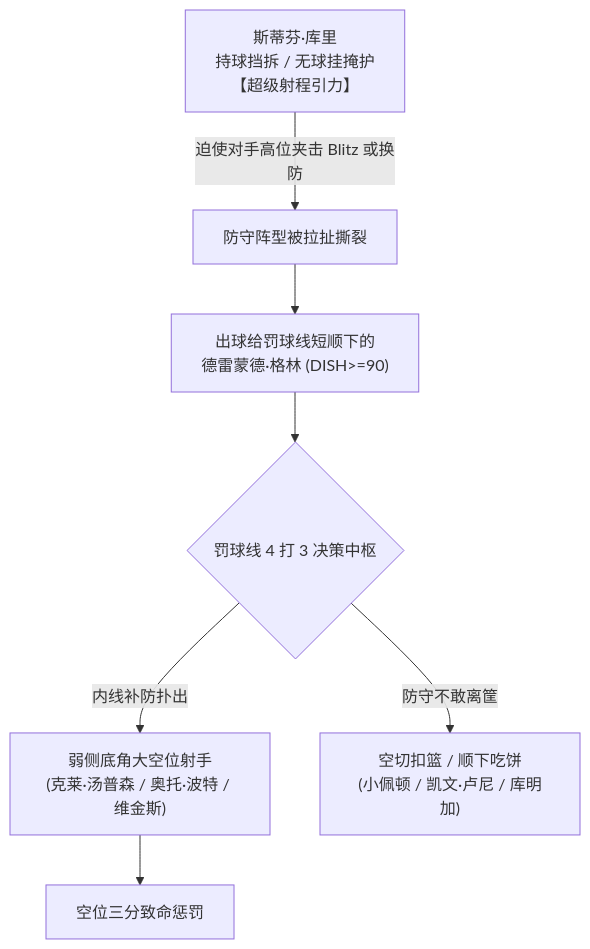
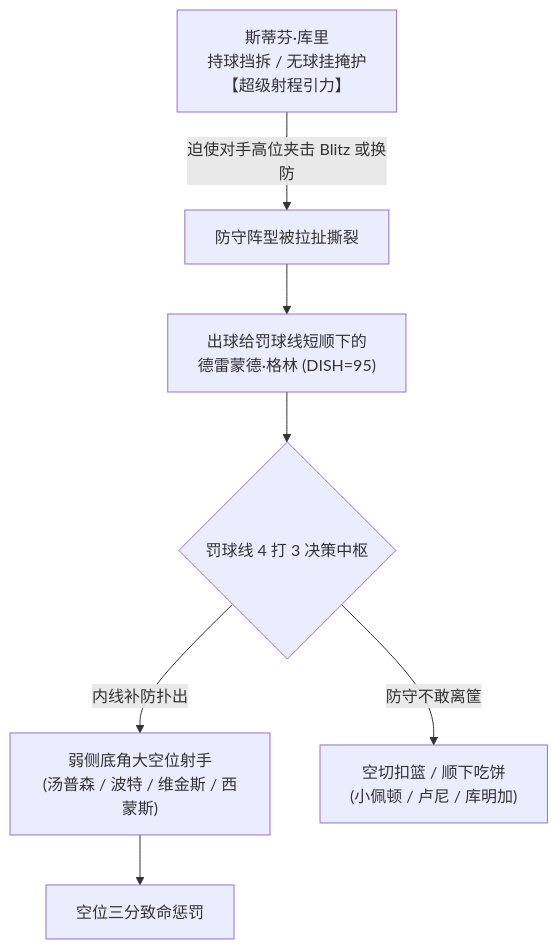
One commit to chris2gao/Cybernetic_City_State_OS_v2---nba2k22 changed the diagram in 08_Domain_Applications/Antigravity_GM_Engine/docs/50_GSW_FULL_DIMENSIONAL_TACTICAL_AND_GAME_THEORETIC_PROPOSAL.md. Above: the diagram before and after it, drawn with Mermaid. The commit also changed other lines of this file and 1 other file, not shown here.

````diff
--- a/08_Domain_Applications/Antigravity_GM_Engine/docs/50_GSW_FULL_DIMENSIONAL_TACTICAL_AND_GAME_THEORETIC_PROPOSAL.md
+++ b/08_Domain_Applications/Antigravity_GM_Engine/docs/50_GSW_FULL_DIMENSIONAL_TACTICAL_AND_GAME_THEORETIC_PROPOSAL.md
@@ -32,9 +58,9 @@
 ```mermaid
 flowchart TD
     Curry["斯蒂芬·库里<br>持球挡拆 / 无球挂掩护<br>【超级射程引力】"] -->|迫使对手高位夹击 Blitz 或换防| DefenseAction["防守阵型被拉扯撕裂"]
-    DefenseAction --> ShortRoll["出球给罚球线短顺下的<br>德雷蒙德·格林 (DISH>=90)"]
+    DefenseAction --> ShortRoll["出球给罚球线短顺下的<br>德雷蒙德·格林 (DISH=95)"]
     ShortRoll --> Local4v3{"罚球线 4 打 3 决策中枢"}
-    Local4v3 -->|内线补防扑出| Kickout["弱侧底角大空位射手<br>(克莱·汤普森 / 奥托·波特 / 维金斯)"]
-    Local4v3 -->|防守不敢离筐| Cutters["空切扣篮 / 顺下吃饼<br>(小佩顿 / 凯文·卢尼 / 库明加)"]
+    Local4v3 -->|内线补防扑出| Kickout["弱侧底角大空位射手<br>(汤普森 / 波特 / 维金斯 / 西蒙斯)"]
+    Local4v3 -->|防守不敢离筐| Cutters["空切扣篮 / 顺下吃饼<br>(小佩顿 / 卢尼 / 库明加)"]
     Kickout --> ThreePoint["空位三分致命惩罚"]
 ```
````
